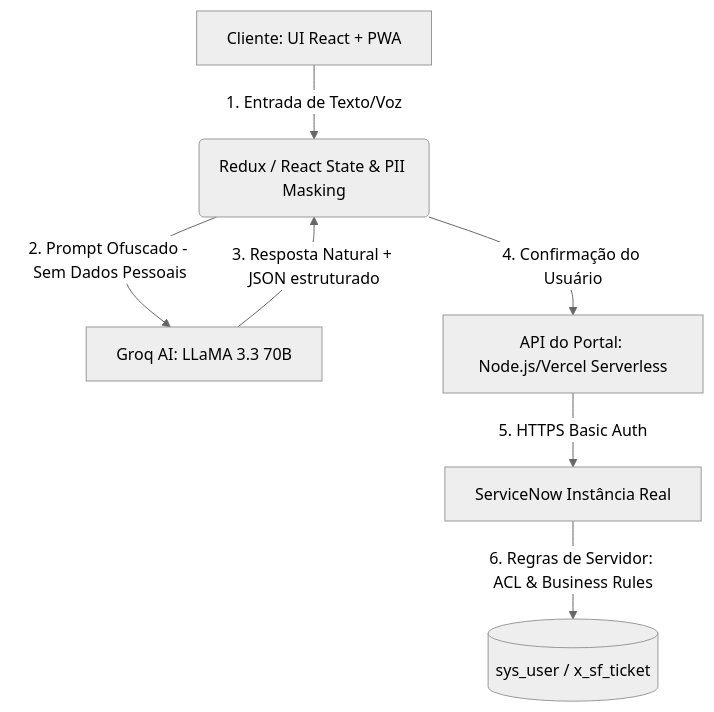
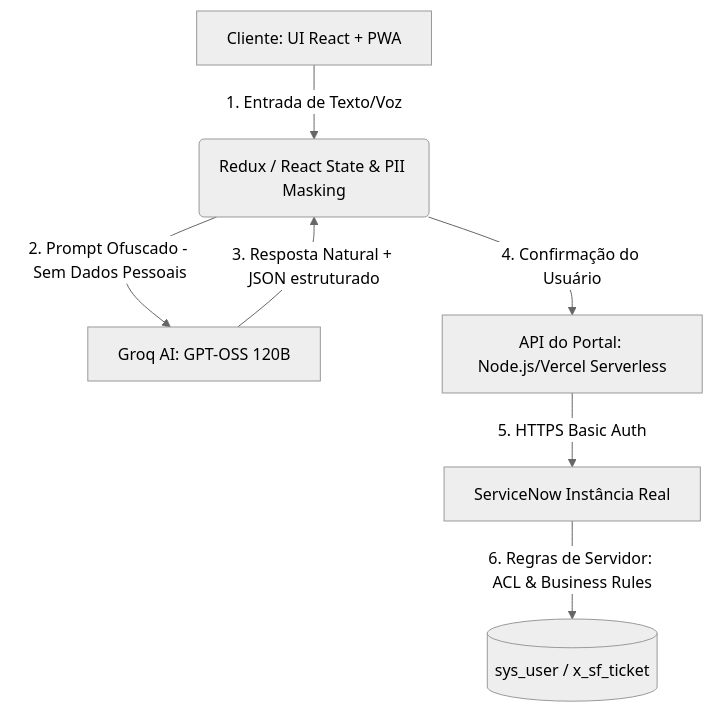
One commit to ThiagoVenturaV/serviceflow changed the diagram in curso_serviceflow.md. Above: the diagram before and after it, drawn with Mermaid (neutral theme).

Commit message:
fix: migrate Groq model to GPT-OSS 120B

````diff
--- a/curso_serviceflow.md
+++ b/curso_serviceflow.md
@@ -23,9 +23,9 @@
 ```mermaid
 graph TD
     A[Cliente: UI React + PWA] -->|1. Entrada de Texto/Voz| B(Redux / React State & PII Masking)
-    B -->|2. Prompt Ofuscado - Sem Dados Pessoais| C[Groq AI: LLaMA 3.3 70B]
+    B -->|2. Prompt Ofuscado - Sem Dados Pessoais| C[Groq AI: GPT-OSS 120B]
     C -->|3. Resposta Natural + JSON estruturado| B
     B -->|4. Confirmação do Usuário| D[API do Portal: Node.js/Vercel Serverless]
     D -->|5. HTTPS Basic Auth| E[ServiceNow Instância Real]
     E -->|6. Regras de Servidor: ACL & Business Rules| F[(sys_user / x_sf_ticket)]
 ```
````
